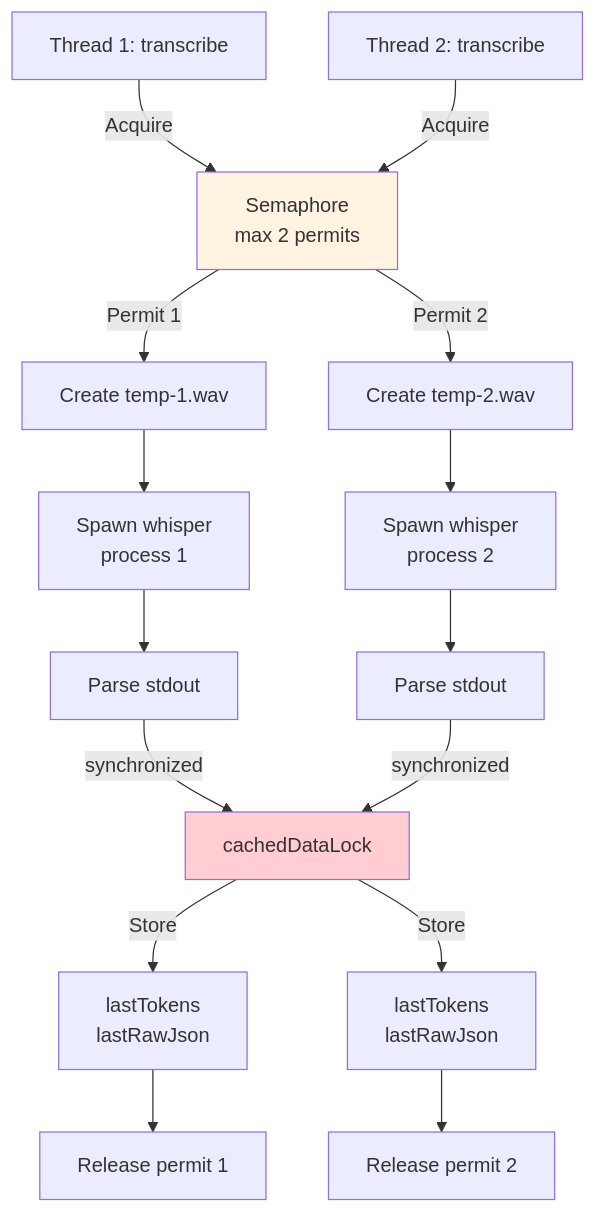
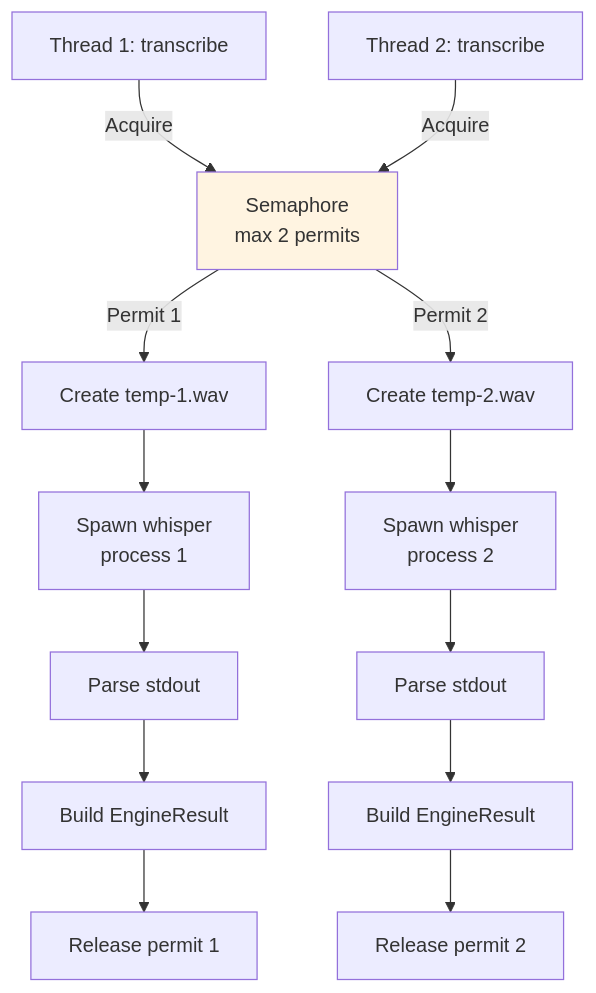
One commit to phillippitts/speakToMack changed the fifth of 15 diagrams in docs/diagrams/thread-model-concurrency.md. Above: the diagram before and after it, drawn with Mermaid. The commit also changed other lines of this file and 499 other files, not shown here.

````diff
--- a/docs/diagrams/thread-model-concurrency.md
+++ b/docs/diagrams/thread-model-concurrency.md
@@ -166,26 +163,22 @@
 ```mermaid
 flowchart TB
     Call1[Thread 1: transcribe] -->|Acquire| Sem[Semaphore<br/>max 2 permits]
     Call2[Thread 2: transcribe] -->|Acquire| Sem
 
     Sem -->|Permit 1| Temp1[Create temp-1.wav]
     Sem -->|Permit 2| Temp2[Create temp-2.wav]
 
     Temp1 --> Proc1[Spawn whisper<br/>process 1]
     Temp2 --> Proc2[Spawn whisper<br/>process 2]
 
     Proc1 --> Parse1[Parse stdout]
     Proc2 --> Parse2[Parse stdout]
 
-    Parse1 -->|synchronized| Cache[cachedDataLock]
-    Parse2 -->|synchronized| Cache
+    Parse1 --> Result1[Build EngineResult]
+    Parse2 --> Result2[Build EngineResult]
 
-    Cache -->|Store| TokenCache1[lastTokens<br/>lastRawJson]
-    Cache -->|Store| TokenCache2[lastTokens<br/>lastRawJson]
-
-    TokenCache1 --> Release1[Release permit 1]
-    TokenCache2 --> Release2[Release permit 2]
+    Result1 --> Release1[Release permit 1]
+    Result2 --> Release2[Release permit 2]
 
     style Sem fill:#fff4e1
-    style Cache fill:#ffcdd2
 ```
````
